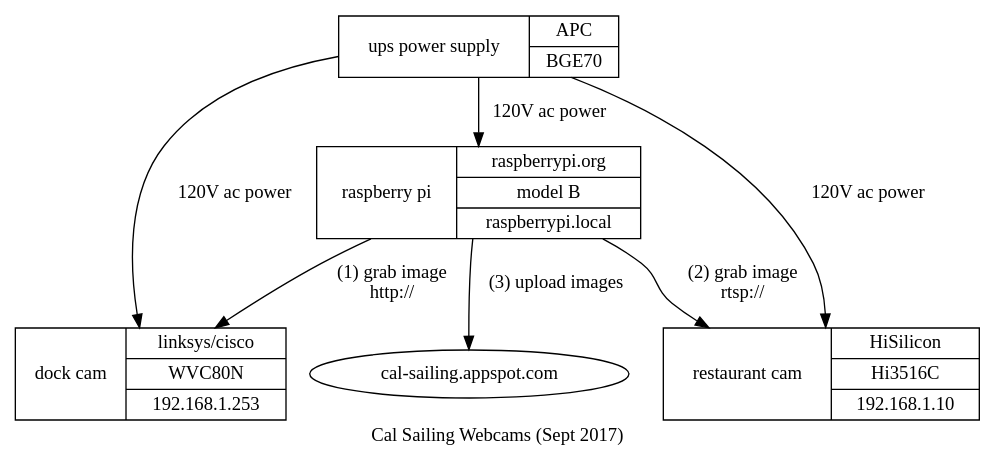
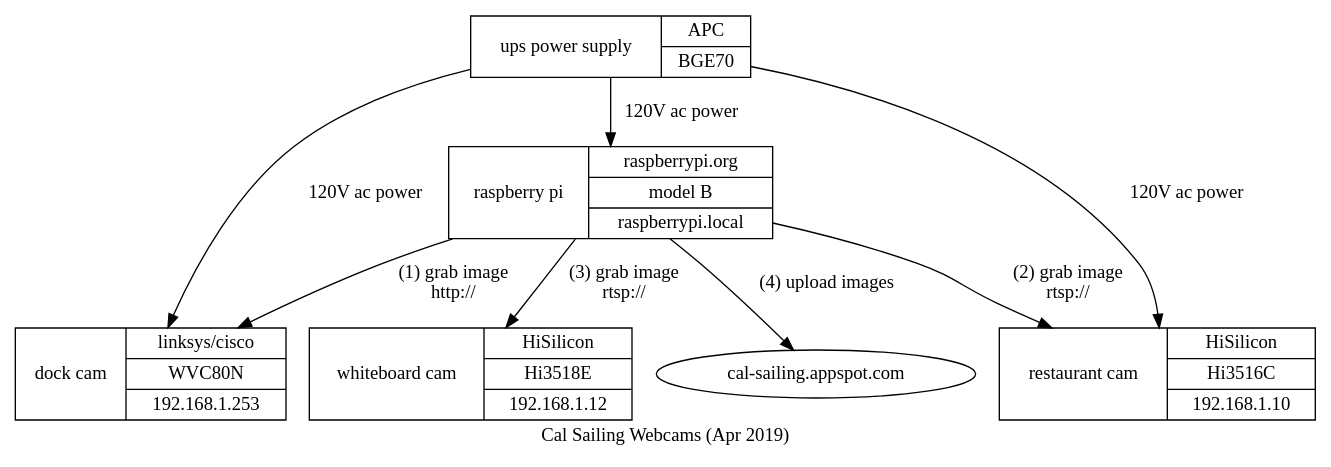
The diagram in cal-sailing-diagram.dot (jhpoelen/cal-sailing-cam), drawn with Graphviz before and after one commit. The commit also changed 2 other files, not shown here.

```diff
--- a/cal-sailing-diagram.dot
+++ b/cal-sailing-diagram.dot
@@ -1,25 +1,30 @@
 digraph rendle {
     "dock" [
        label = "dock cam | { linksys/cisco | WVC80N | 192.168.1.253 }"
        shape = "record"
     ]
     "restaurant" [
         label = "restaurant cam | { HiSilicon  | Hi3516C | 192.168.1.10 }"
+	 shape = "record"
+    ]
+    "whiteboard" [
+        label = "whiteboard cam | { HiSilicon  | Hi3518E | 192.168.1.12 }"
 	 shape = "record"
     ]
     "raspberry" [
         label = "raspberry pi | { raspberrypi.org | model B | raspberrypi.local }"
         shape = "record"
     ]
     "ups" [
         label = "ups power supply | { APC | BGE70 }"
         shape = "record"
     ]
     "raspberry"->"dock"[label="(1) grab image\nhttp://"]
     "raspberry"->"restaurant"[label="(2) grab image\nrtsp://"]
-    "raspberry"->"cal-sailing.appspot.com"[label="(3) upload images"]
+    "raspberry"->"whiteboard"[label="(3) grab image\nrtsp://"]
+    "raspberry"->"cal-sailing.appspot.com"[label="(4) upload images"]
     "ups"->"raspberry"[label="120V ac power"]
     "ups"->"restaurant"[label="120V ac power"]
     "ups"->"dock"[label="120V ac power"]
-    label="Cal Sailing Webcams (Sept 2017)"
+    label="Cal Sailing Webcams (Apr 2019)"
 }
```
